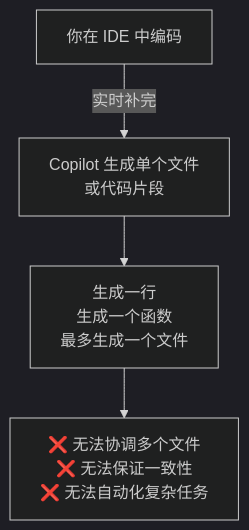
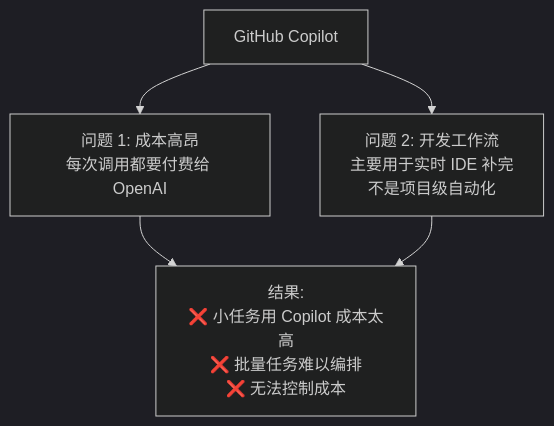
One commit to shawndenggh/shawndeng.tech changed the first of 8 diagrams in content/posts/openclaw-copilot-automation.md. Above: the diagram before and after it, drawn with Mermaid (dark theme). The commit also changed other lines of this file, not shown here.

Commit message:
refactor: clarify OpenClaw vs Copilot - focus on cost and model flexibility, not feature limitations

````diff
--- a/content/posts/openclaw-copilot-automation.md
+++ b/content/posts/openclaw-copilot-automation.md
@@ -14,6 +14,12 @@
 ```mermaid
 graph TD
-    A["你在 IDE 中编码"] -->|实时补完| B["Copilot 生成单个文件<br/>或代码片段"]
-    B --> C["生成一行<br/>生成一个函数<br/>最多生成一个文件"]
-    C --> D["❌ 无法协调多个文件<br/>❌ 无法保证一致性<br/>❌ 无法自动化复杂任务"]
+    A["GitHub Copilot"]
+    B["问题 1: 成本高昂<br/>每次调用都要付费给 OpenAI"]
+    C["问题 2: 开发工作流<br/>主要用于实时 IDE 补完<br/>不是项目级自动化"]
+    D["结果:<br/>❌ 小任务用 Copilot 成本太高<br/>❌ 批量任务难以编排<br/>❌ 无法控制成本"]
+    
+    A --> B
+    A --> C
+    B --> D
+    C --> D
 ```
````
